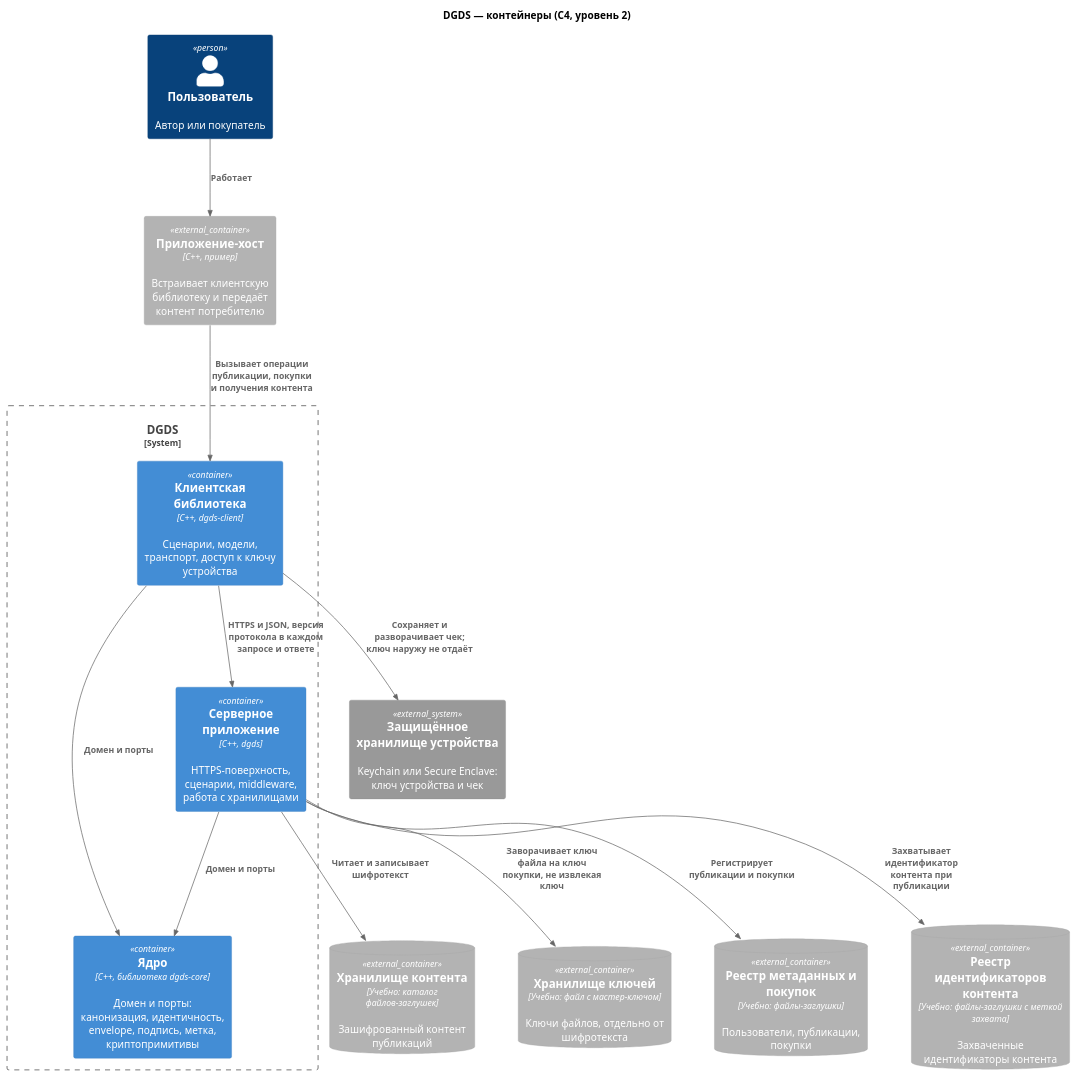
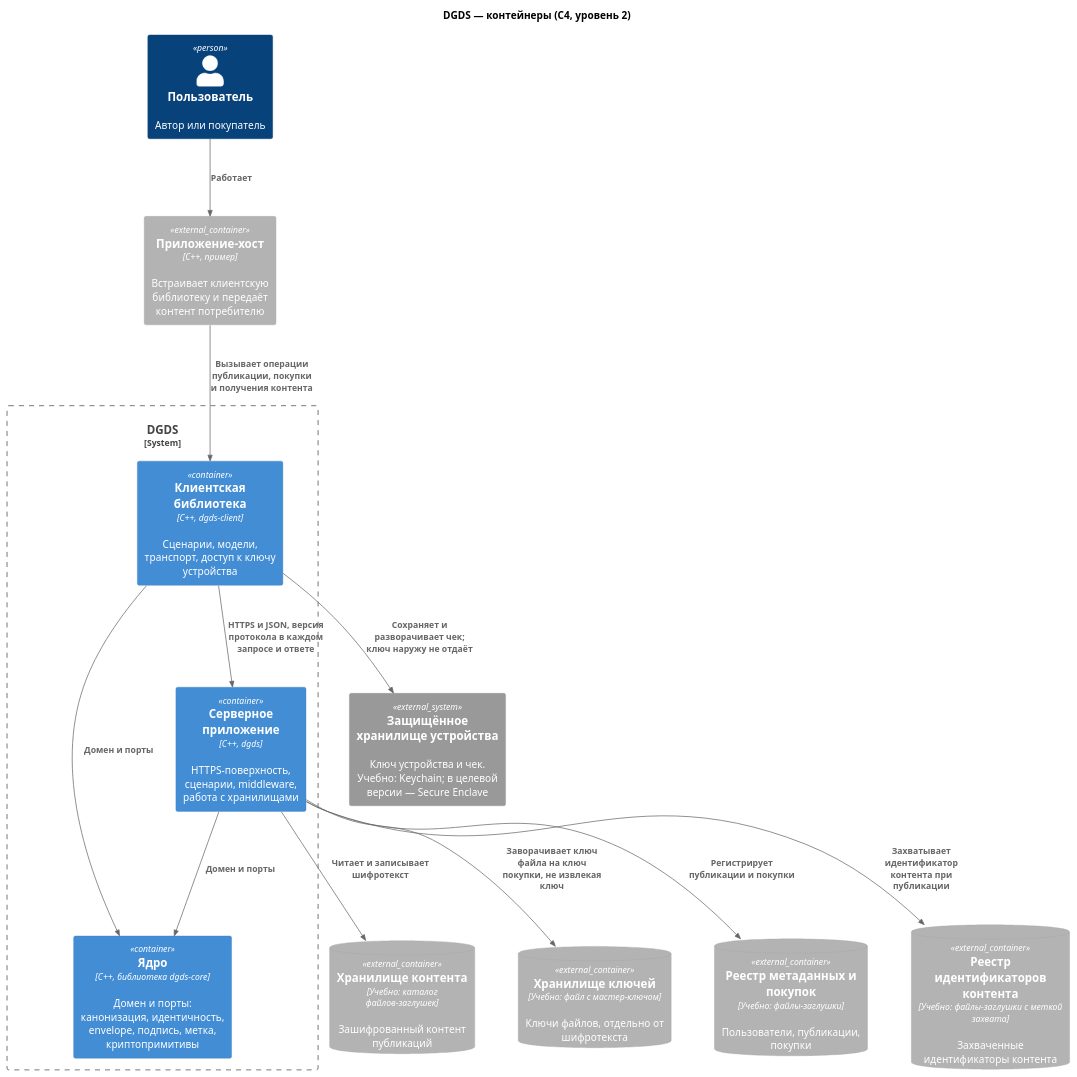
The diagram in docs/architecture/02-containers.puml (plushcube/dgds), drawn with PlantUML before and after one commit. The commit also changed 86 other files, not shown here.

```diff
--- a/docs/architecture/02-containers.puml
+++ b/docs/architecture/02-containers.puml
@@ -1,35 +1,35 @@
 @startuml
 !include <C4/C4_Container>
 
 title DGDS — контейнеры (C4, уровень 2)
 
 skinparam nodesep 60
 skinparam ranksep 90
 
 Person(user, "Пользователь", "Автор или покупатель")
 Container_Ext(host, "Приложение-хост", "C++, пример", "Встраивает клиентскую библиотеку и передаёт контент потребителю")
 
 System_Boundary(dgds, "DGDS") {
   Container(client, "Клиентская библиотека", "C++, dgds-client", "Сценарии, модели, транспорт, доступ к ключу устройства")
   Container(server, "Серверное приложение", "C++, dgds", "HTTPS-поверхность, сценарии, middleware, работа с хранилищами")
   Container(core, "Ядро", "C++, библиотека dgds-core", "Домен и порты: канонизация, идентичность, envelope, подпись, метка, криптопримитивы")
 }
 
-System_Ext(devicekey, "Защищённое хранилище устройства", "Keychain или Secure Enclave: ключ устройства и чек")
+System_Ext(devicekey, "Защищённое хранилище устройства", "Ключ устройства и чек. Учебно: Keychain; в целевой версии — Secure Enclave")
 ContainerDb_Ext(blobs, "Хранилище контента", "Учебно: каталог файлов-заглушек", "Зашифрованный контент публикаций")
 ContainerDb_Ext(keys, "Хранилище ключей", "Учебно: файл с мастер-ключом", "Ключи файлов, отдельно от шифротекста")
 ContainerDb_Ext(meta, "Реестр метаданных и покупок", "Учебно: файлы-заглушки", "Пользователи, публикации, покупки")
 ContainerDb_Ext(identities, "Реестр идентификаторов контента", "Учебно: файлы-заглушки с меткой захвата", "Захваченные идентификаторы контента")
 
 Rel(user, host, "Работает")
 Rel(host, client, "Вызывает операции публикации, покупки и получения контента")
 Rel_D(client, core, "Домен и порты")
 Rel_D(server, core, "Домен и порты")
 Rel(client, server, "HTTPS и JSON, версия протокола в каждом запросе и ответе")
 Rel(client, devicekey, "Сохраняет и разворачивает чек; ключ наружу не отдаёт")
 Rel(server, blobs, "Читает и записывает шифротекст")
 Rel(server, keys, "Заворачивает ключ файла на ключ покупки, не извлекая ключ")
 Rel(server, meta, "Регистрирует публикации и покупки")
 Rel(server, identities, "Захватывает идентификатор контента при публикации")
 
 @enduml
```
